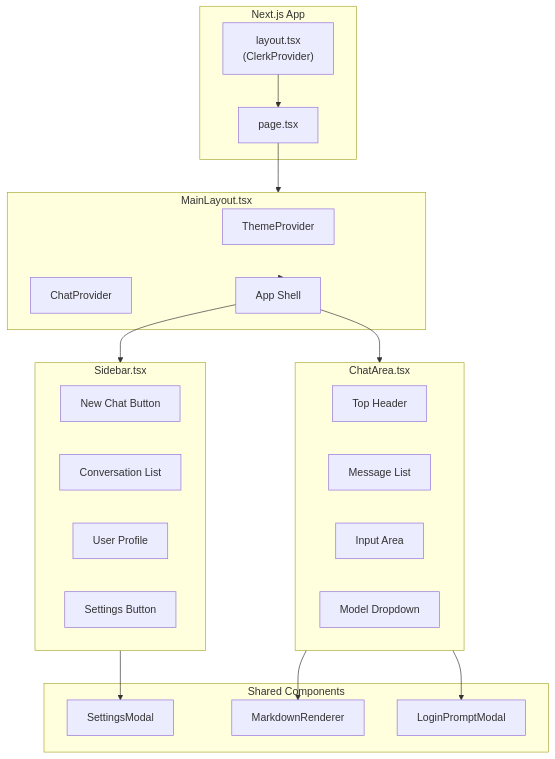
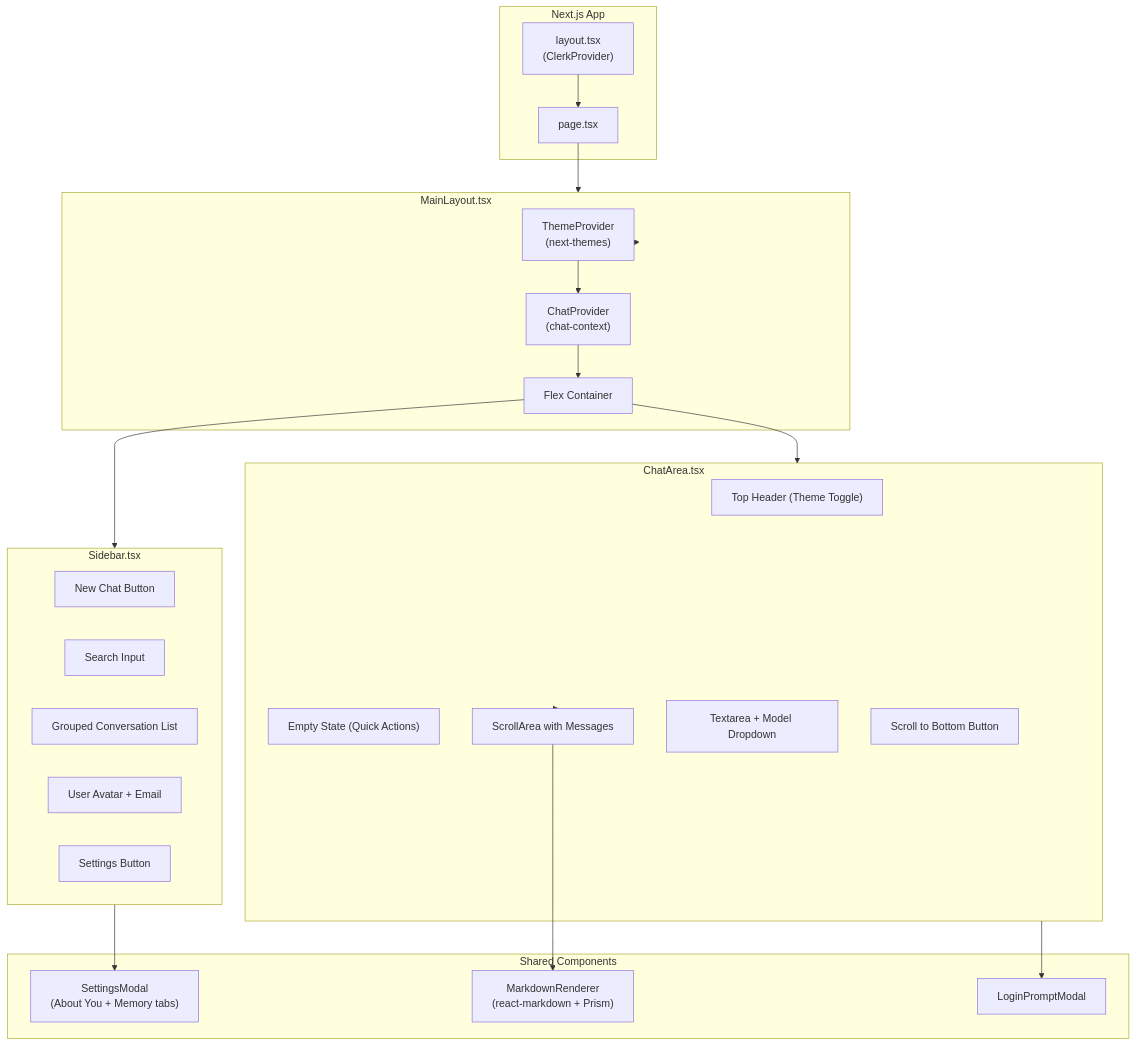
The fourth of 7 diagrams in README.md (Aafimalek/t3_chat), drawn with Mermaid before and after one commit. The commit also changed other lines of this file and 1 other file, not shown here.

Commit message:
added new model support

````diff
--- a/README.md
+++ b/README.md
@@ -314,42 +352,44 @@
 ```mermaid
 graph TD
     subgraph App["Next.js App"]
         Layout["layout.tsx<br/>(ClerkProvider)"]
         Page["page.tsx"]
     end
 
     subgraph MainLayout["MainLayout.tsx"]
-        ThemeProvider["ThemeProvider"]
-        ChatProvider["ChatProvider"]
-        Shell["App Shell"]
+        ThemeProvider["ThemeProvider<br/>(next-themes)"]
+        ChatProvider["ChatProvider<br/>(chat-context)"]
+        Shell["Flex Container"]
     end
 
     subgraph Sidebar["Sidebar.tsx"]
         NewChatBtn["New Chat Button"]
-        ConvoList["Conversation List"]
-        UserProfile["User Profile"]
+        SearchInput["Search Input"]
+        ConvoList["Grouped Conversation List"]
+        UserProfile["User Avatar + Email"]
         SettingsBtn["Settings Button"]
     end
 
     subgraph ChatArea["ChatArea.tsx"]
-        Header["Top Header"]
-        MessageList["Message List"]
-        InputArea["Input Area"]
-        ModelSelector["Model Dropdown"]
+        Header["Top Header (Theme Toggle)"]
+        EmptyState["Empty State (Quick Actions)"]
+        MessageList["ScrollArea with Messages"]
+        InputArea["Textarea + Model Dropdown"]
+        ScrollBtn["Scroll to Bottom Button"]
     end
 
     subgraph Shared["Shared Components"]
-        MarkdownRenderer["MarkdownRenderer"]
-        SettingsModal["SettingsModal"]
+        MarkdownRenderer["MarkdownRenderer<br/>(react-markdown + Prism)"]
+        SettingsModal["SettingsModal<br/>(About You + Memory tabs)"]
         LoginModal["LoginPromptModal"]
     end
 
     Layout --> Page
     Page --> MainLayout
-    MainLayout --> Shell
+    MainLayout --> ThemeProvider --> ChatProvider --> Shell
     Shell --> Sidebar
     Shell --> ChatArea
-    ChatArea --> MarkdownRenderer
+    ChatArea --> MessageList --> MarkdownRenderer
     Sidebar --> SettingsModal
     ChatArea --> LoginModal
 ```
````
